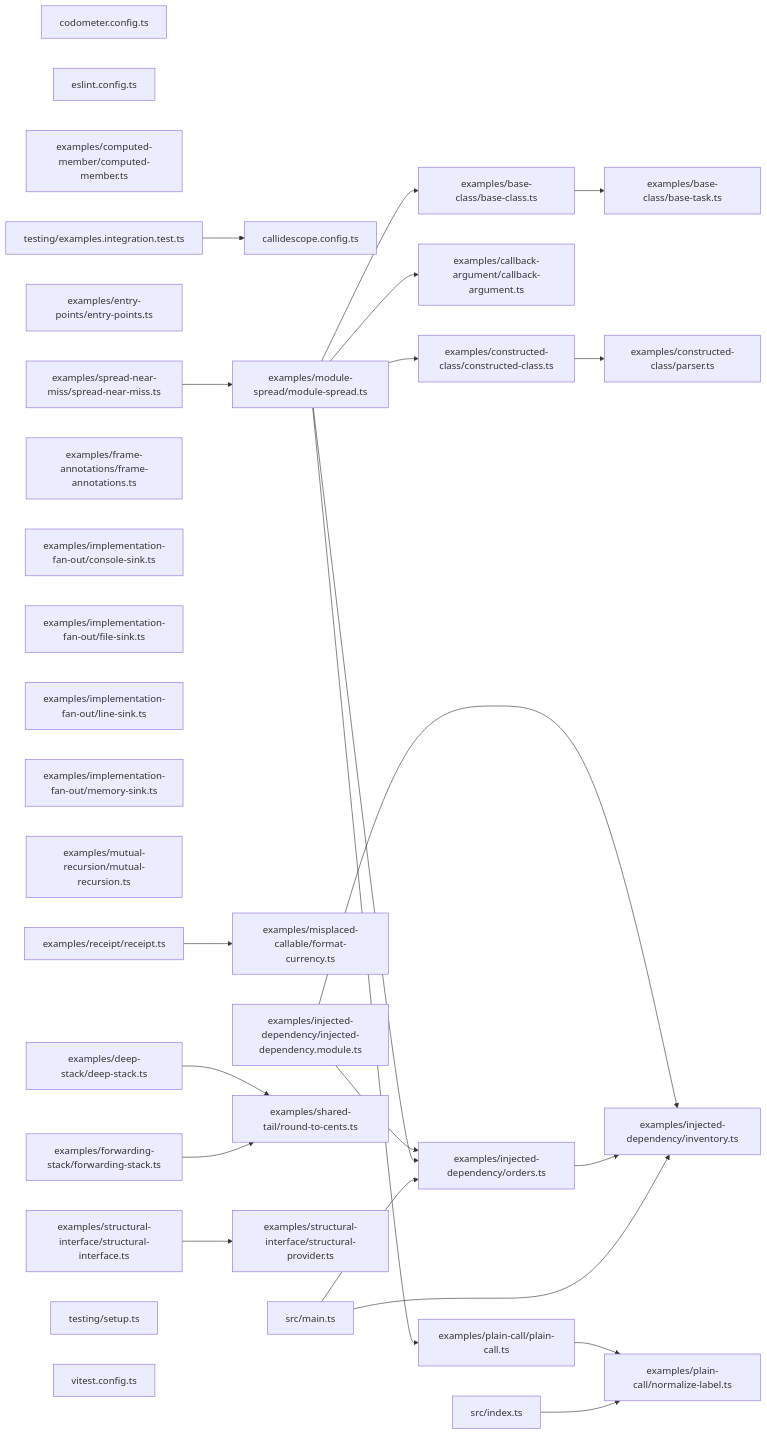
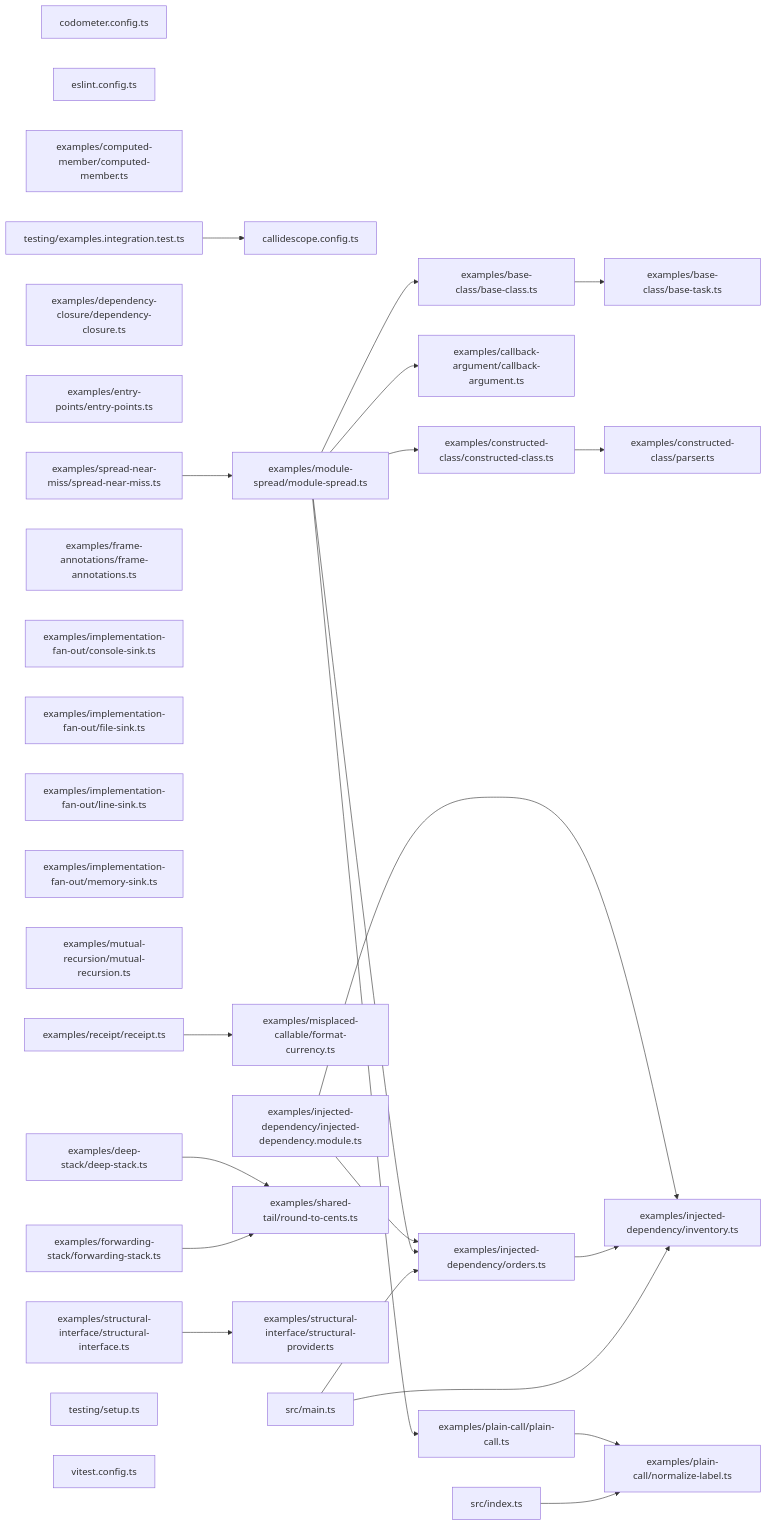
The second of 2 diagrams in packages/callidescope-examples/README.md (JimmyPaolini/codebase), drawn with Mermaid before and after one commit. The commit also changed other lines of this file and 8 other files, not shown here.

````diff
--- a/packages/callidescope-examples/README.md
+++ b/packages/callidescope-examples/README.md
@@ -799,58 +799,59 @@
 ```mermaid
 graph LR
   file_callidescope_config_ts["callidescope.config.ts"]
   file_codometer_config_ts["codometer.config.ts"]
   file_eslint_config_ts["eslint.config.ts"]
   file_examples_base_class_base_class_ts["examples/base-class/base-class.ts"]
   file_examples_base_class_base_task_ts["examples/base-class/base-task.ts"]
   file_examples_callback_argument_callback_argument_ts["examples/callback-argument/callback-argument.ts"]
   file_examples_computed_member_computed_member_ts["examples/computed-member/computed-member.ts"]
   file_examples_constructed_class_constructed_class_ts["examples/constructed-class/constructed-class.ts"]
   file_examples_constructed_class_parser_ts["examples/constructed-class/parser.ts"]
   file_examples_deep_stack_deep_stack_ts["examples/deep-stack/deep-stack.ts"]
+  file_examples_dependency_closure_dependency_closure_ts["examples/dependency-closure/dependency-closure.ts"]
   file_examples_entry_points_entry_points_ts["examples/entry-points/entry-points.ts"]
   file_examples_forwarding_stack_forwarding_stack_ts["examples/forwarding-stack/forwarding-stack.ts"]
   file_examples_frame_annotations_frame_annotations_ts["examples/frame-annotations/frame-annotations.ts"]
   file_examples_implementation_fan_out_console_sink_ts["examples/implementation-fan-out/console-sink.ts"]
   file_examples_implementation_fan_out_file_sink_ts["examples/implementation-fan-out/file-sink.ts"]
   file_examples_implementation_fan_out_line_sink_ts["examples/implementation-fan-out/line-sink.ts"]
   file_examples_implementation_fan_out_memory_sink_ts["examples/implementation-fan-out/memory-sink.ts"]
   file_examples_injected_dependency_injected_dependency_module_ts["examples/injected-dependency/injected-dependency.module.ts"]
   file_examples_injected_dependency_inventory_ts["examples/injected-dependency/inventory.ts"]
   file_examples_injected_dependency_orders_ts["examples/injected-dependency/orders.ts"]
   file_examples_misplaced_callable_format_currency_ts["examples/misplaced-callable/format-currency.ts"]
   file_examples_module_spread_module_spread_ts["examples/module-spread/module-spread.ts"]
   file_examples_mutual_recursion_mutual_recursion_ts["examples/mutual-recursion/mutual-recursion.ts"]
   file_examples_plain_call_normalize_label_ts["examples/plain-call/normalize-label.ts"]
   file_examples_plain_call_plain_call_ts["examples/plain-call/plain-call.ts"]
   file_examples_receipt_receipt_ts["examples/receipt/receipt.ts"]
   file_examples_shared_tail_round_to_cents_ts["examples/shared-tail/round-to-cents.ts"]
   file_examples_spread_near_miss_spread_near_miss_ts["examples/spread-near-miss/spread-near-miss.ts"]
   file_examples_structural_interface_structural_interface_ts["examples/structural-interface/structural-interface.ts"]
   file_examples_structural_interface_structural_provider_ts["examples/structural-interface/structural-provider.ts"]
   file_src_index_ts["src/index.ts"]
   file_src_main_ts["src/main.ts"]
   file_testing_examples_integration_test_ts["testing/examples.integration.test.ts"]
   file_testing_setup_ts["testing/setup.ts"]
   file_vitest_config_ts["vitest.config.ts"]
   file_examples_base_class_base_class_ts --> file_examples_base_class_base_task_ts
   file_examples_constructed_class_constructed_class_ts --> file_examples_constructed_class_parser_ts
   file_examples_deep_stack_deep_stack_ts --> file_examples_shared_tail_round_to_cents_ts
   file_examples_forwarding_stack_forwarding_stack_ts --> file_examples_shared_tail_round_to_cents_ts
   file_examples_injected_dependency_injected_dependency_module_ts --> file_examples_injected_dependency_inventory_ts
   file_examples_injected_dependency_injected_dependency_module_ts --> file_examples_injected_dependency_orders_ts
   file_examples_injected_dependency_orders_ts --> file_examples_injected_dependency_inventory_ts
   file_examples_module_spread_module_spread_ts --> file_examples_base_class_base_class_ts
   file_examples_module_spread_module_spread_ts --> file_examples_callback_argument_callback_argument_ts
   file_examples_module_spread_module_spread_ts --> file_examples_constructed_class_constructed_class_ts
   file_examples_module_spread_module_spread_ts --> file_examples_injected_dependency_orders_ts
   file_examples_module_spread_module_spread_ts --> file_examples_plain_call_plain_call_ts
   file_examples_plain_call_plain_call_ts --> file_examples_plain_call_normalize_label_ts
   file_examples_receipt_receipt_ts --> file_examples_misplaced_callable_format_currency_ts
   file_examples_spread_near_miss_spread_near_miss_ts --> file_examples_module_spread_module_spread_ts
   file_examples_structural_interface_structural_interface_ts --> file_examples_structural_interface_structural_provider_ts
   file_src_index_ts --> file_examples_plain_call_normalize_label_ts
   file_src_main_ts --> file_examples_injected_dependency_inventory_ts
   file_src_main_ts --> file_examples_injected_dependency_orders_ts
   file_testing_examples_integration_test_ts --> file_callidescope_config_ts
 ```
````
